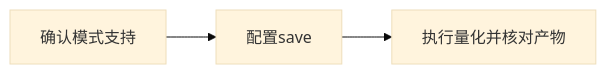
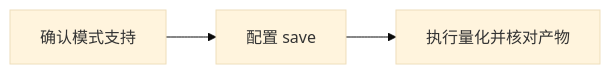
The diagram in msmodelslim/docs/zh/knowledge_base/quantization_format/compressed_tensors/compressed_tensors_usage.md (mindstudio-docs/master), drawn with Mermaid (base theme) before and after one commit. The commit also changed other lines of this file and 107 other files, not shown here.

````diff
--- a/msmodelslim/docs/zh/knowledge_base/quantization_format/compressed_tensors/compressed_tensors_usage.md
+++ b/msmodelslim/docs/zh/knowledge_base/quantization_format/compressed_tensors/compressed_tensors_usage.md
@@ -33,4 +33,4 @@
 ```mermaid
 flowchart LR
-  adapt[确认模式支持] --> config[配置save] --> run[执行量化并核对产物]
+  adapt[确认模式支持] --> config[配置 save] --> run[执行量化并核对产物]
 ```
````
